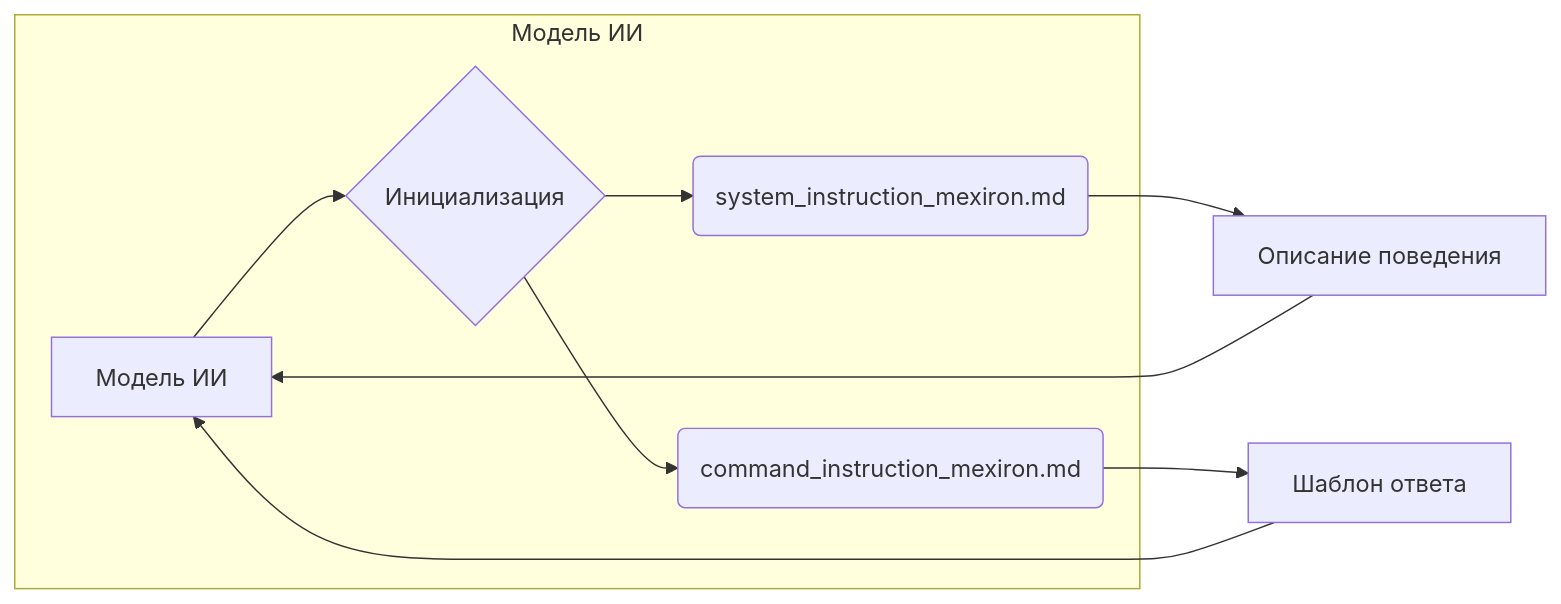
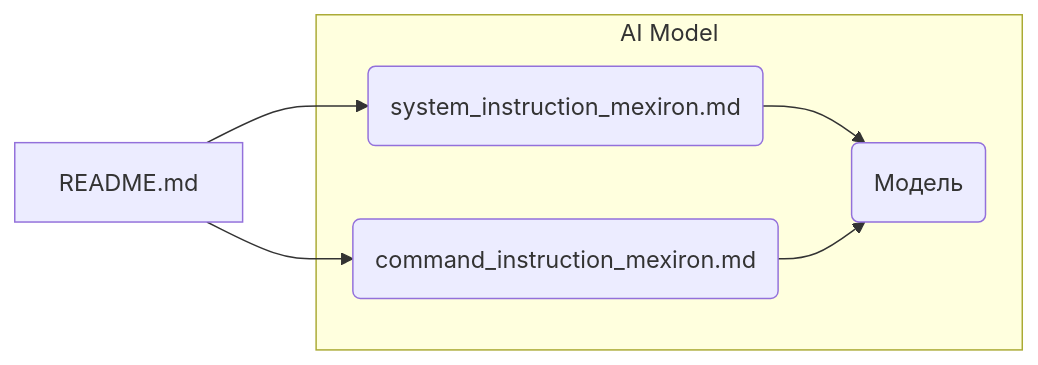
The diagram in docs/gemini/ru/explainer/src/endpoints/kazarinov/instructions/README.md (hypo69/hypo), drawn with Mermaid before and after one commit. The commit also changed other lines of this file and 468 other files, not shown here.

````diff
--- a/docs/gemini/ru/explainer/src/endpoints/kazarinov/instructions/README.md
+++ b/docs/gemini/ru/explainer/src/endpoints/kazarinov/instructions/README.md
@@ -35,12 +22,9 @@
 ```mermaid
 graph LR
-    subgraph "Модель ИИ"
-        A[Модель ИИ] --> B{Инициализация};
-        B --> C(system_instruction_mexiron.md);
-        B --> D(command_instruction_mexiron.md);
+    A[README.md] --> B(system_instruction_mexiron.md);
+    A --> C(command_instruction_mexiron.md);
+    subgraph AI Model
+        B --> D(Модель);
+        C --> D;
     end
-    C --> E[Описание поведения];
-    D --> F[Шаблон ответа];
-    E --> A;
-    F --> A;
 ```
````
